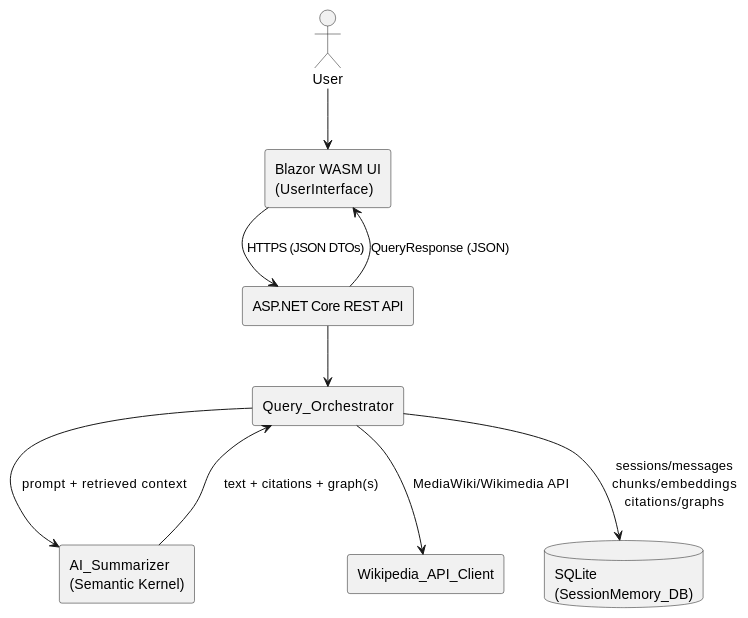
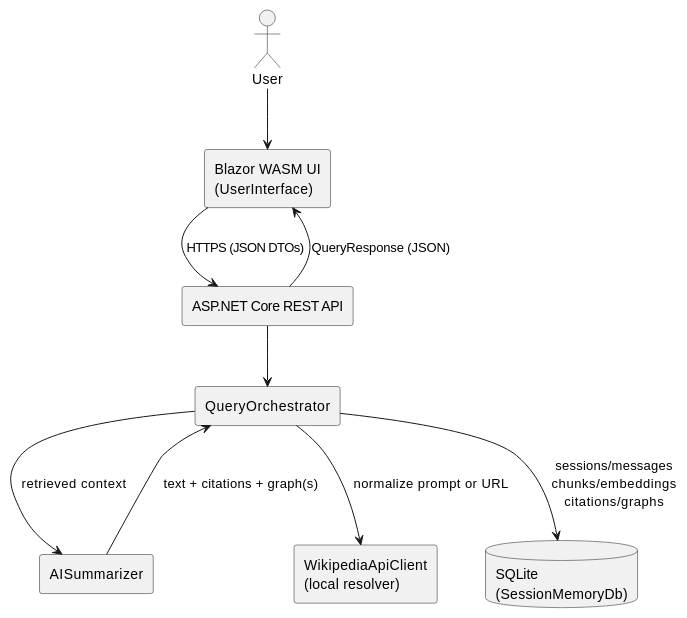
Before and after one commit to Pedro-B-Amon/Blazor-Development: the first of 4 diagrams in README.md, drawn with PlantUML. The commit also changed other lines of this file and 56 other files, not shown here.

````diff
--- a/README.md
+++ b/README.md
@@ -120,25 +130,25 @@
 ```plantuml
 @startuml
 skinparam componentStyle rectangle
 
 actor User
 
 component "Blazor WASM UI\n(UserInterface)" as UI
 component "ASP.NET Core REST API" as API
-component "Query_Orchestrator" as ORCH
-component "AI_Summarizer\n(Semantic Kernel)" as SK
+component "QueryOrchestrator" as ORCH
+component "AISummarizer" as SK
 
-component "Wikipedia_API_Client" as WIKI
-database "SQLite\n(SessionMemory_DB)" as DB
+component "WikipediaApiClient\n(local resolver)" as WIKI
+database "SQLite\n(SessionMemoryDb)" as DB
 
 User --> UI
 UI --> API : HTTPS (JSON DTOs)
 API --> ORCH
-ORCH --> WIKI : MediaWiki/Wikimedia API
+ORCH --> WIKI : normalize prompt or URL
 ORCH --> DB : sessions/messages\nchunks/embeddings\ncitations/graphs
-ORCH --> SK : prompt + retrieved context
+ORCH --> SK : retrieved context
 SK --> ORCH : text + citations + graph(s)
 API --> UI : QueryResponse (JSON)
 
 @enduml
 ```
````
